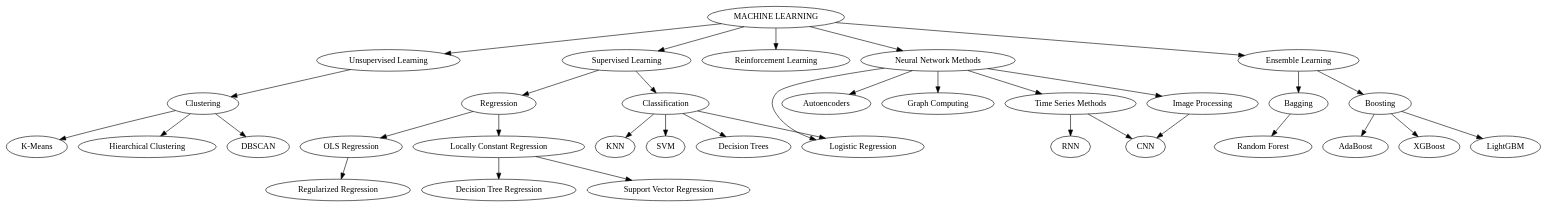
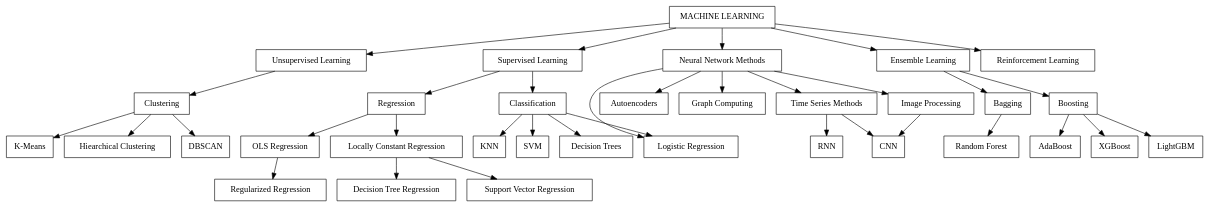
Before and after one commit to kaygun/MYZ309E: the diagram in images/ml.dot, drawn with Graphviz. The commit also changed 2 other files, not shown here.

```diff
--- a/images/ml.dot
+++ b/images/ml.dot
@@ -1,21 +1,26 @@
 digraph G {
+
+	node [shape=box];
+
 	"MACHINE LEARNING" -> "Unsupervised Learning";
 	"MACHINE LEARNING" -> "Supervised Learning";
-	"MACHINE LEARNING" -> "Reinforcement Learning";
-	"MACHINE LEARNING" -> "Neural Network Methods";
 	"MACHINE LEARNING" -> "Ensemble Learning";
 
+	"Unsupervised Learning" -> "Clustering" -> { "K-Means", "Hiearchical Clustering", "DBSCAN" }
+
 	"Supervised Learning" -> "Regression" -> { "OLS Regression", "Locally Constant Regression" };
+
         "OLS Regression" -> "Regularized Regression";
         "Locally Constant Regression" -> { "Decision Tree Regression", "Support Vector Regression" }
 	"Supervised Learning" -> "Classification" -> { "KNN", "Logistic Regression", "SVM", "Decision Trees" }
-	
-	"Unsupervised Learning" -> "Clustering" -> { "K-Means", "Hiearchical Clustering", "DBSCAN" }
 
 	"Ensemble Learning" -> "Bagging" -> "Random Forest";
 	"Ensemble Learning" -> "Boosting" -> { "AdaBoost", "XGBoost", "LightGBM" }
+
+	"MACHINE LEARNING" -> "Reinforcement Learning";
+	"MACHINE LEARNING" -> "Neural Network Methods";
 
 	"Neural Network Methods" -> { "Logistic Regression", "Autoencoders", "Graph Computing" };
 	"Neural Network Methods" -> "Time Series Methods" -> { "RNN", "CNN" }
 	"Neural Network Methods" -> "Image Processing" -> { "CNN" }
 }
```
